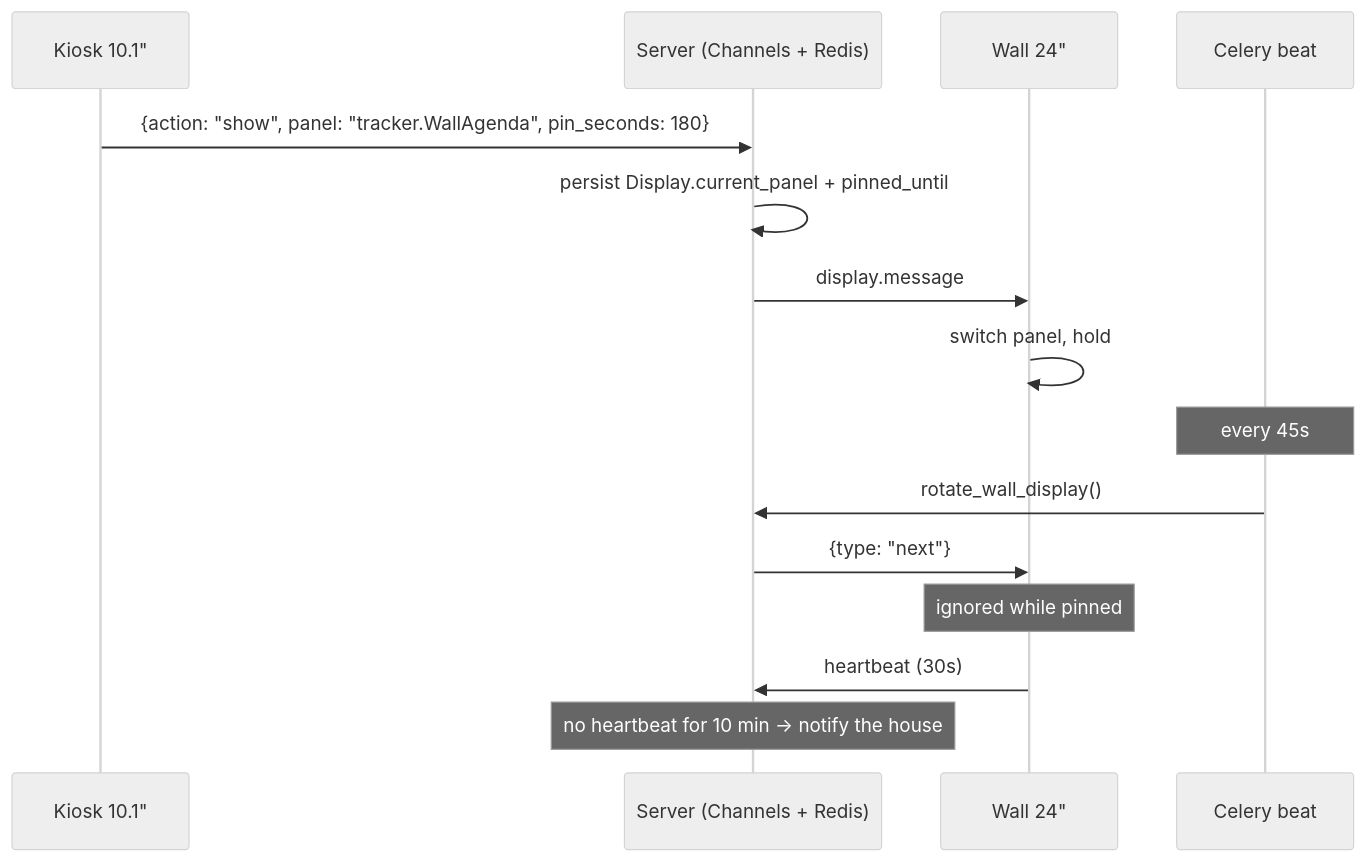
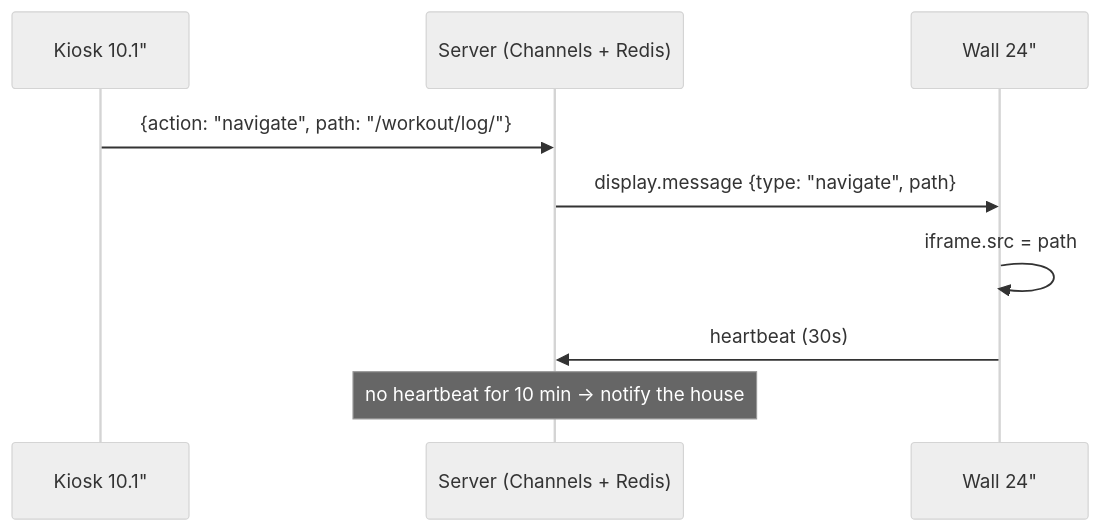
The sixth of 8 diagrams in docs/architecture.md (nitinrameshuf/Nora_Home), drawn with Mermaid (neutral theme) before and after one commit. The commit also changed other lines of this file and 18 other files, not shown here.

````diff
--- a/docs/architecture.md
+++ b/docs/architecture.md
@@ -222,20 +226,13 @@
 ```mermaid
 sequenceDiagram
     participant K as Kiosk 10.1"
     participant S as Server (Channels + Redis)
     participant W as Wall 24"
-    participant B as Celery beat
 
-    K->>S: {action: "show", panel: "tracker.WallAgenda", pin_seconds: 180}
-    S->>S: persist Display.current_panel + pinned_until
-    S->>W: display.message
-    W->>W: switch panel, hold
-
-    Note over B: every 45s
-    B->>S: rotate_wall_display()
-    S->>W: {type: "next"}
-    Note over W: ignored while pinned
+    K->>S: {action: "navigate", path: "/workout/log/"}
+    S->>W: display.message {type: "navigate", path}
+    W->>W: iframe.src = path
 
     W->>S: heartbeat (30s)
     Note over S: no heartbeat for 10 min → notify the house
 ```
````
